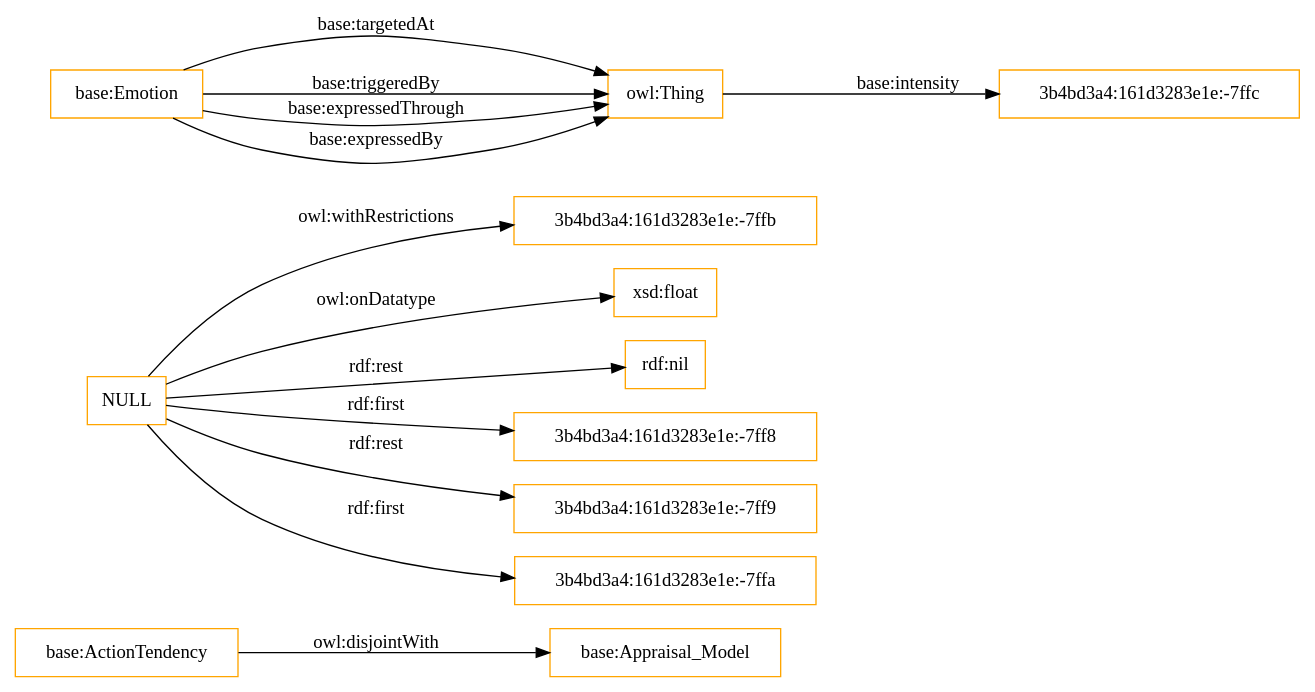
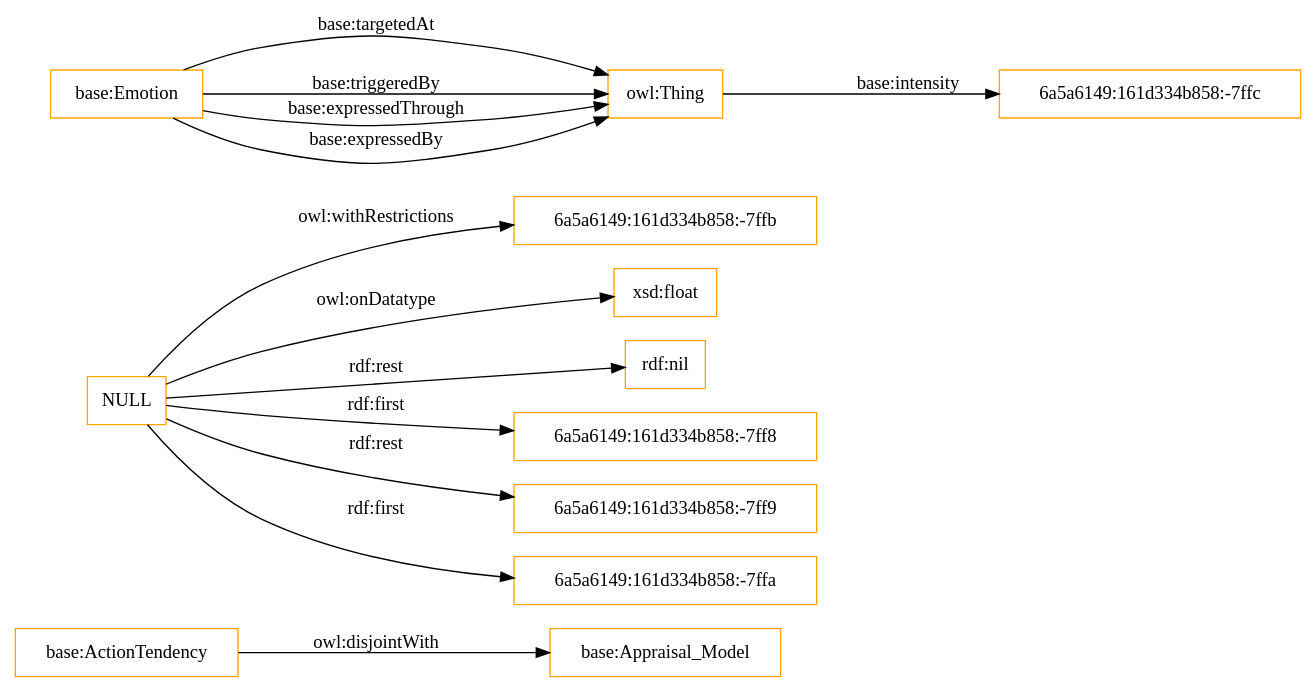
One commit to OnToologyUser/Propsed-Ontology changed the diagram in OnToology/HEO.owl/diagrams/ar2dtool-class/HEO.owl.png.dot. Above: the diagram before and after it, drawn with Graphviz. The commit also changed 61 other files, not shown here.

```diff
--- a/OnToology/HEO.owl/diagrams/ar2dtool-class/HEO.owl.png.dot
+++ b/OnToology/HEO.owl/diagrams/ar2dtool-class/HEO.owl.png.dot
@@ -1,18 +1,18 @@
 digraph ar2dtool_diagram { 
 rankdir=LR;
 size="1501"
 node [shape = rectangle, color="orange"]; "base:ActionTendency" "base:Appraisal_Model" ; /*classes style*/
 	"base:ActionTendency" -> "base:Appraisal_Model" [ label = "owl:disjointWith" ];
-	"NULL" -> "3b4bd3a4:161d3283e1e:-7ffb" [ label = "owl:withRestrictions" ];
+	"NULL" -> "6a5a6149:161d334b858:-7ffb" [ label = "owl:withRestrictions" ];
 	"NULL" -> "xsd:float" [ label = "owl:onDatatype" ];
 	"NULL" -> "rdf:nil" [ label = "rdf:rest" ];
-	"NULL" -> "3b4bd3a4:161d3283e1e:-7ff8" [ label = "rdf:first" ];
-	"NULL" -> "3b4bd3a4:161d3283e1e:-7ff9" [ label = "rdf:rest" ];
-	"NULL" -> "3b4bd3a4:161d3283e1e:-7ffa" [ label = "rdf:first" ];
+	"NULL" -> "6a5a6149:161d334b858:-7ff8" [ label = "rdf:first" ];
+	"NULL" -> "6a5a6149:161d334b858:-7ff9" [ label = "rdf:rest" ];
+	"NULL" -> "6a5a6149:161d334b858:-7ffa" [ label = "rdf:first" ];
 	"base:Emotion" -> "owl:Thing" [ label = "base:targetedAt" ];
-	"owl:Thing" -> "3b4bd3a4:161d3283e1e:-7ffc" [ label = "base:intensity" ];
+	"owl:Thing" -> "6a5a6149:161d334b858:-7ffc" [ label = "base:intensity" ];
 	"base:Emotion" -> "owl:Thing" [ label = "base:triggeredBy" ];
 	"base:Emotion" -> "owl:Thing" [ label = "base:expressedThrough" ];
 	"base:Emotion" -> "owl:Thing" [ label = "base:expressedBy" ];
 
 }
```
